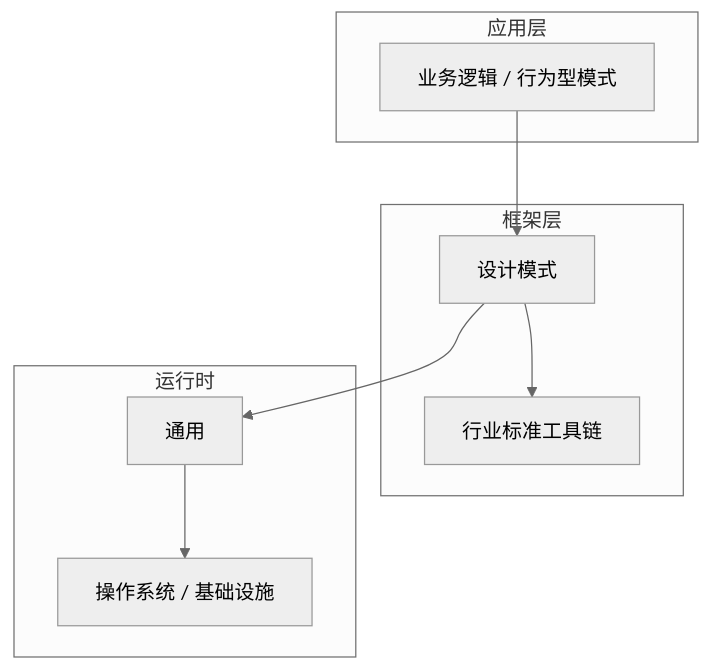
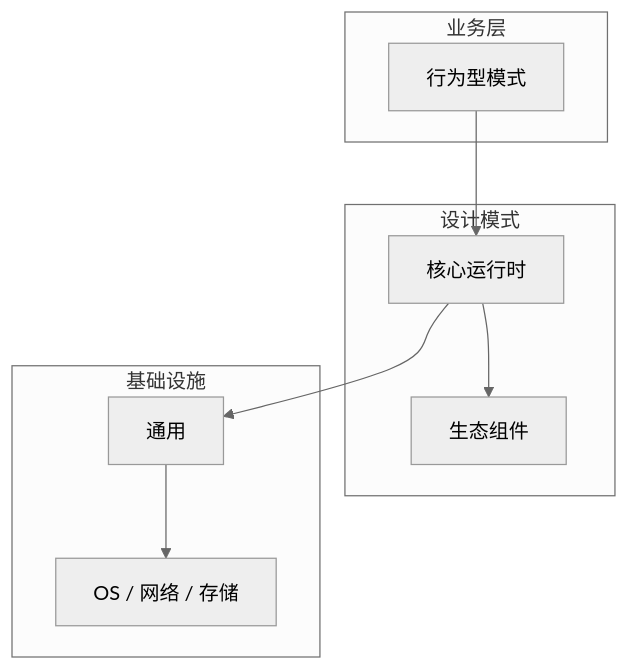
Before and after one commit to yanggan2015/knowledge-json-v2: the diagram in articles/设计模式/chapters/061-行为型模式核心概念与原理.md, drawn with Mermaid (neutral theme). The commit also changed other lines of this file and 10127 other files, not shown here.

````diff
--- a/articles/设计模式/chapters/061-行为型模式核心概念与原理.md
+++ b/articles/设计模式/chapters/061-行为型模式核心概念与原理.md
@@ -45,18 +34,18 @@
 ```mermaid
 graph TB
-    subgraph 应用层
-        A[业务逻辑 / 行为型模式]
+    subgraph 业务层
+        A[行为型模式]
     end
-    subgraph 框架层
-        B[设计模式]
-        C[行业标准工具链]
+    subgraph 设计模式
+        B[核心运行时]
+        C[生态组件]
     end
-    subgraph 运行时
+    subgraph 基础设施
         D[通用]
-        E[操作系统 / 基础设施]
+        E[OS / 网络 / 存储]
     end
     A --> B
     B --> C
     B --> D
     D --> E
 ```
````
